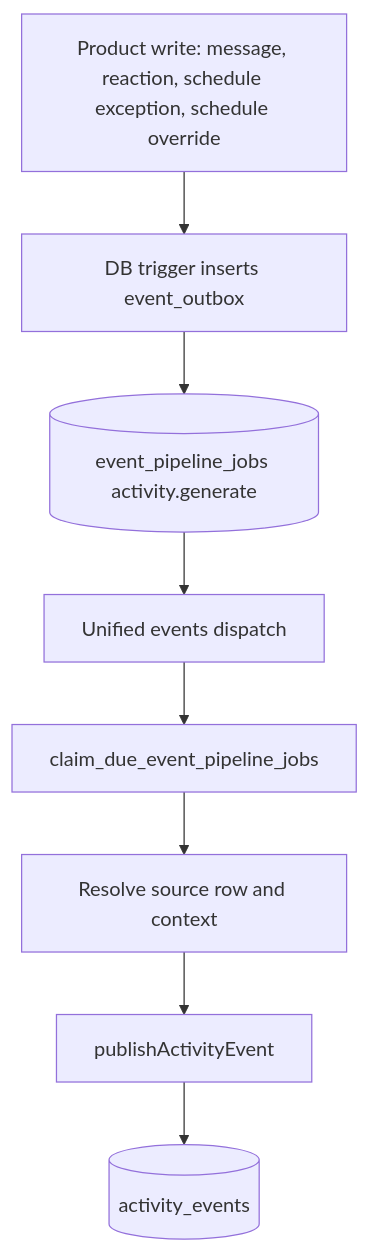
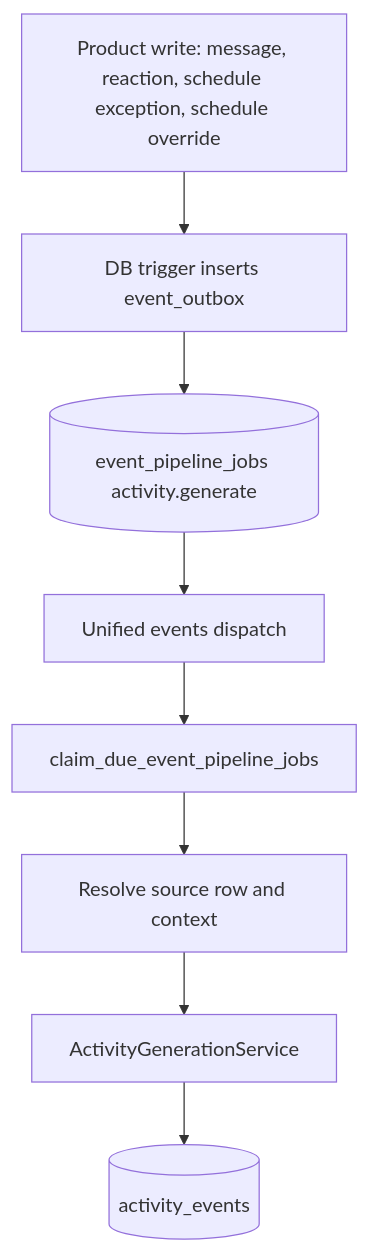
One commit to heidisoft/iconicedu-monorepo changed the first of 4 diagrams in docs/architecture/activity-feed.md. Above: the diagram before and after it, drawn with Mermaid. The commit also changed other lines of this file and 8 other files, not shown here.

````diff
--- a/docs/architecture/activity-feed.md
+++ b/docs/architecture/activity-feed.md
@@ -20,10 +20,10 @@
 ```mermaid
 flowchart TD
   ProductWrite[Product write: message, reaction, schedule exception, schedule override] --> Trigger[DB trigger inserts event_outbox]
   Trigger --> Jobs[(event_pipeline_jobs activity.generate)]
   Jobs --> WorkerCron[Unified events dispatch]
   WorkerCron --> ClaimSource[claim_due_event_pipeline_jobs]
   ClaimSource --> ProcessSource[Resolve source row and context]
-  ProcessSource --> Publish[publishActivityEvent]
-  Publish --> Events[(activity_events)]
+  ProcessSource --> Generate[ActivityGenerationService]
+  Generate --> Events[(activity_events)]
 ```
````
